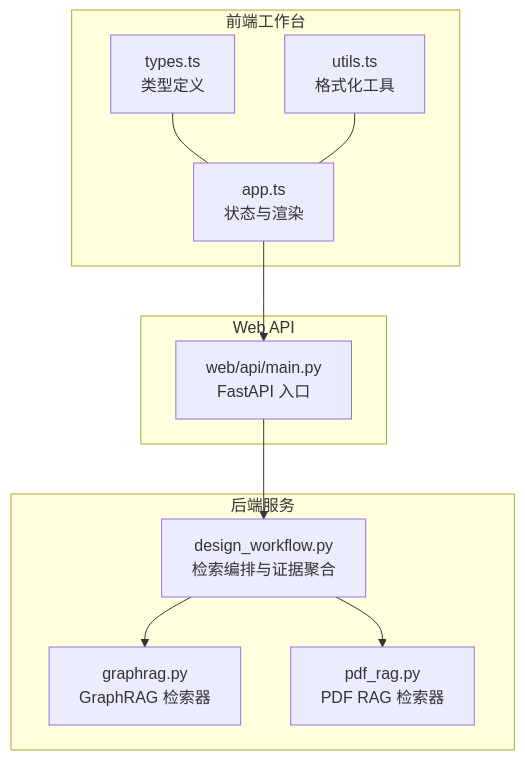
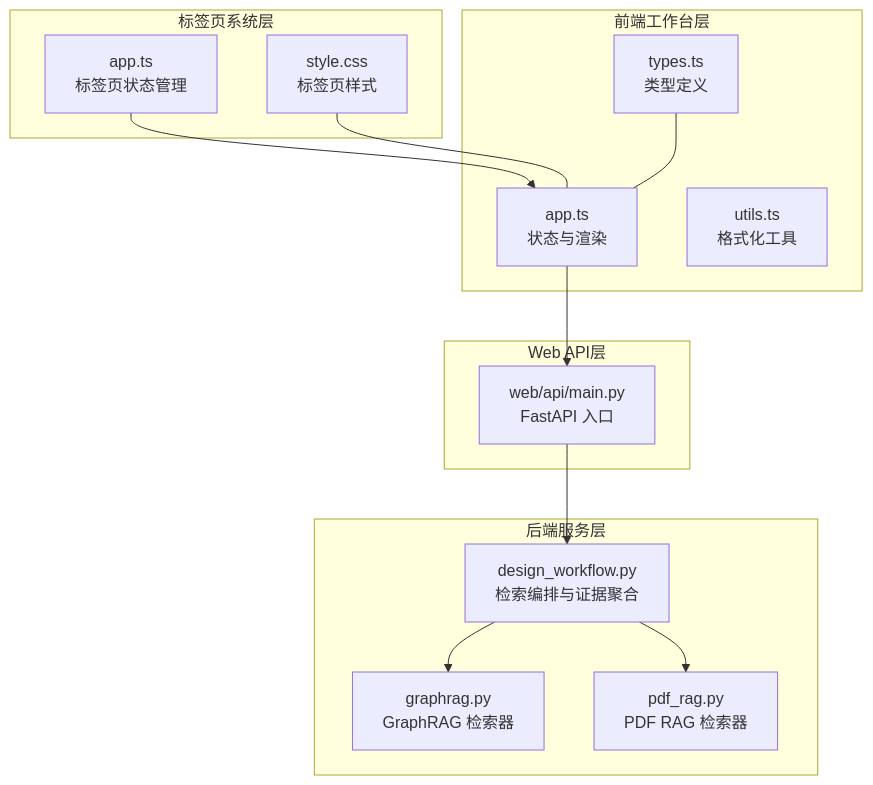
The second of 8 diagrams in .qoder/repowiki/zh/content/Web界面系统/工作台界面/知识检索面板.md (wsqstar/RoadGen3D), drawn with Mermaid before and after one commit. The commit also changed other lines of this file and 8 other files, not shown here.

````diff
--- a/.qoder/repowiki/zh/content/Web界面系统/工作台界面/知识检索面板.md
+++ b/.qoder/repowiki/zh/content/Web界面系统/工作台界面/知识检索面板.md
@@ -42,22 +95,27 @@
 ```mermaid
 graph TB
-subgraph "前端工作台"
+subgraph "标签页系统层"
+TAB_APP["app.ts<br/>标签页状态管理"]
+TAB_STYLE["style.css<br/>标签页样式"]
+end
+subgraph "前端工作台层"
 UI_APP["app.ts<br/>状态与渲染"]
 UI_TYPES["types.ts<br/>类型定义"]
 UI_UTILS["utils.ts<br/>格式化工具"]
 end
-subgraph "Web API"
+subgraph "Web API层"
 API_MAIN["web/api/main.py<br/>FastAPI 入口"]
 end
-subgraph "后端服务"
+subgraph "后端服务层"
 WF["design_workflow.py<br/>检索编排与证据聚合"]
 GR["graphrag.py<br/>GraphRAG 检索器"]
 PR["pdf_rag.py<br/>PDF RAG 检索器"]
 end
+TAB_APP --> UI_APP
 UI_APP --> API_MAIN
 API_MAIN --> WF
 WF --> GR
 WF --> PR
+TAB_STYLE --- UI_APP
 UI_TYPES --- UI_APP
-UI_UTILS --- UI_APP
 ```
````
